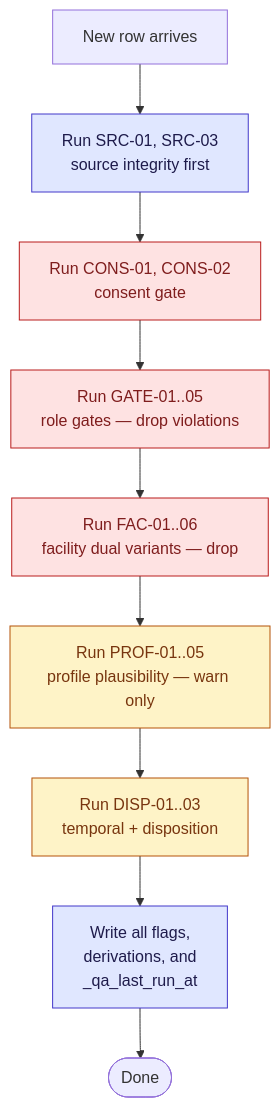
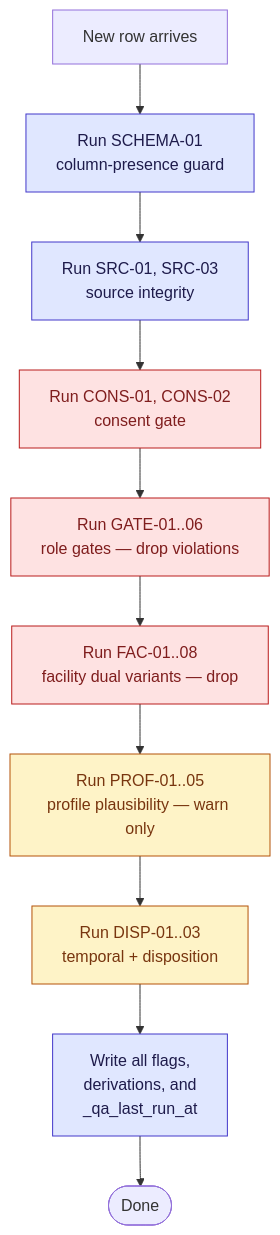
The second of 2 diagrams in deliverables/F2/F2-Cross-Field.md (cplreyes/ASPSI-DOH-UHC-CAPI-Development), drawn with Mermaid before and after one commit. The commit also changed other lines of this file and 33 other files, not shown here.

First line of the commit message:
F2: Apr 20 questionnaire update — skip-logic, cross-field, generated schema

````diff
--- a/deliverables/F2/F2-Cross-Field.md
+++ b/deliverables/F2/F2-Cross-Field.md
@@ -125,18 +138,19 @@
 ```mermaid
 flowchart TD
-    New[New row arrives] --> SRC[Run SRC-01, SRC-03<br/>source integrity first]
+    New[New row arrives] --> SCH[Run SCHEMA-01<br/>column-presence guard]
+    SCH --> SRC[Run SRC-01, SRC-03<br/>source integrity]
     SRC --> CONS[Run CONS-01, CONS-02<br/>consent gate]
-    CONS --> GATE[Run GATE-01..05<br/>role gates — drop violations]
-    GATE --> FAC[Run FAC-01..06<br/>facility dual variants — drop]
+    CONS --> GATE[Run GATE-01..06<br/>role gates — drop violations]
+    GATE --> FAC[Run FAC-01..08<br/>facility dual variants — drop]
     FAC --> PROF[Run PROF-01..05<br/>profile plausibility — warn only]
     PROF --> DISP[Run DISP-01..03<br/>temporal + disposition]
     DISP --> Write[Write all flags,<br/>derivations, and<br/>_qa_last_run_at]
     Write --> Done([Done])
 
     classDef drop fill:#fee2e2,stroke:#b91c1c,color:#7f1d1d
     classDef warn fill:#fef3c7,stroke:#b45309,color:#78350f
     classDef info fill:#e0e7ff,stroke:#4338ca,color:#1e1b4b
     class GATE,FAC,CONS drop
     class PROF,DISP warn
-    class SRC,Write info
+    class SRC,SCH,Write info
 ```
````
